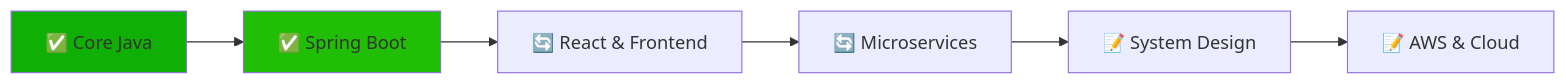
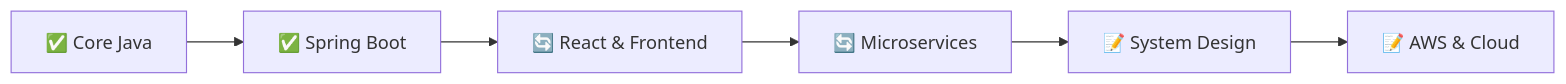
One commit to ShubhamKRay/ShubhamKRay changed the diagram in README.md. Above: the diagram before and after it, drawn with Mermaid.

````````````````diff
--- a/README.md
+++ b/README.md
@@ -278,15 +278,15 @@
-`````mermaid
+`````````````mermaid
 graph LR
     A[✅ Core Java] --> B[✅ Spring Boot]
     B --> C[🔄 React & Frontend]
     C --> D[🔄 Microservices]
     D --> E[📝 System Design]
     E --> F[📝 AWS & Cloud]
     
-    style A fill:#10AF05
-    style B fill:#20BF05
-    style C fill:#30FA505
-    style D fill:#40FA505
-    style E fill:#50F0005
-    style F fill:#60F0005
-`````
+    style A fill:#1AF05
+    style B fill:#PBF05
+    style C fill:#MFA505
+    style D fill:#LFA505
+    style E fill:#JF0005
+    style F fill:#HF0005
+```````````````
````````````````
